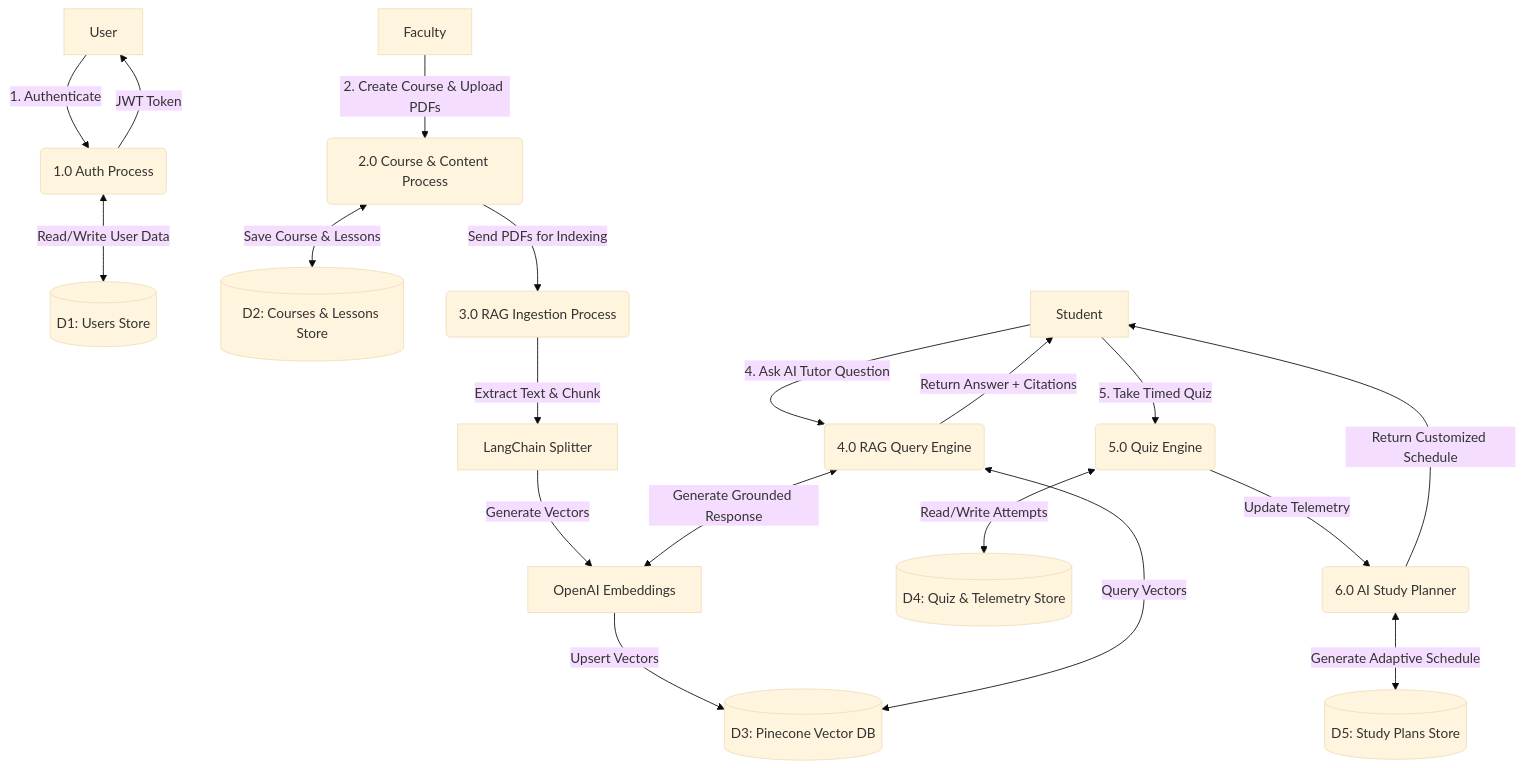
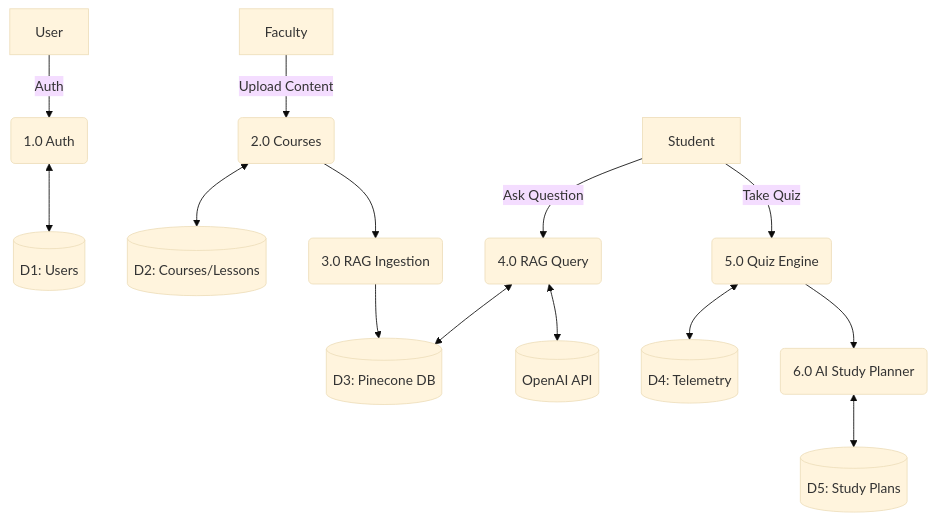
Diagram 12 of 18 in docs/PRESENTATION_REPORT_FIRST_EVALUATION.md (adilpalachira/AI_LMS), drawn with Mermaid (base theme) before and after one commit. The commit also changed other lines of this file and 4 other files, not shown here.

````diff
--- a/docs/PRESENTATION_REPORT_FIRST_EVALUATION.md
+++ b/docs/PRESENTATION_REPORT_FIRST_EVALUATION.md
@@ -423,25 +393,10 @@
 ```mermaid
 graph TD
-    User[User] -->|1. Authenticate| P1(1.0 Auth Process)
-    P1 -->|JWT Token| User
-    P1 <-->|Read/Write User Data| D1[(D1: Users Store)]
-
-    Faculty[Faculty] -->|2. Create Course & Upload PDFs| P2(2.0 Course & Content Process)
-    P2 <-->|Save Course & Lessons| D2[(D2: Courses & Lessons Store)]
-    P2 -->|Send PDFs for Indexing| P3(3.0 RAG Ingestion Process)
-
-    P3 -->|Extract Text & Chunk| LangChain[LangChain Splitter]
-    LangChain -->|Generate Vectors| OpenAI[OpenAI Embeddings]
-    OpenAI -->|Upsert Vectors| D3[(D3: Pinecone Vector DB)]
-
-    Student[Student] -->|4. Ask AI Tutor Question| P4(4.0 RAG Query Engine)
-    P4 <-->|Query Vectors| D3
-    P4 <-->|Generate Grounded Response| OpenAI
-    P4 -->|Return Answer + Citations| Student
-
-    Student -->|5. Take Timed Quiz| P5(5.0 Quiz Engine)
-    P5 <-->|Read/Write Attempts| D4[(D4: Quiz & Telemetry Store)]
-    P5 -->|Update Telemetry| P6(6.0 AI Study Planner)
-    P6 <-->|Generate Adaptive Schedule| D5[(D5: Study Plans Store)]
-    P6 -->|Return Customized Schedule| Student
+    User -->|Auth| P1(1.0 Auth) <--> D1[(D1: Users)]
+    Faculty -->|Upload Content| P2(2.0 Courses) <--> D2[(D2: Courses/Lessons)]
+    P2 --> P3(3.0 RAG Ingestion) --> Pinecone[(D3: Pinecone DB)]
+    Student -->|Ask Question| P4(4.0 RAG Query) <--> Pinecone
+    P4 <--> OpenAI[(OpenAI API)]
+    Student -->|Take Quiz| P5(5.0 Quiz Engine) <--> D4[(D4: Telemetry)]
+    P5 --> P6(6.0 AI Study Planner) <--> D5[(D5: Study Plans)]
 ```
````
